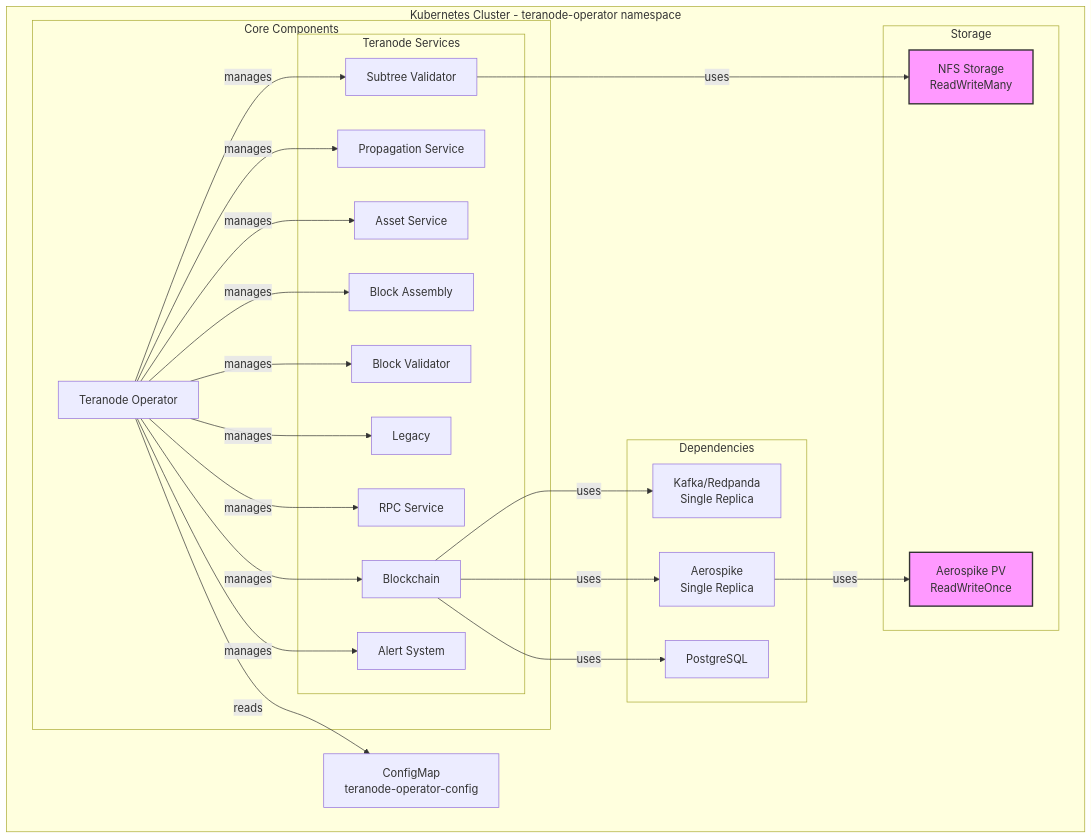
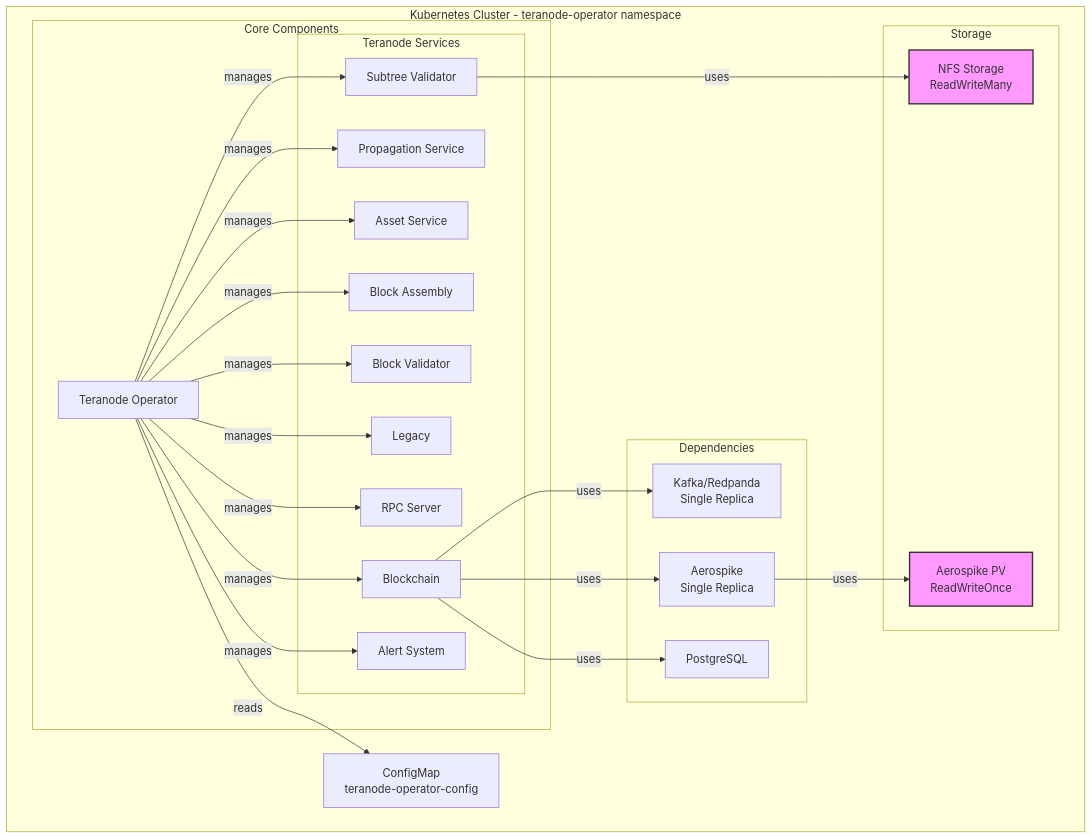
Before and after one commit to freemans13/teranode: the diagram in docs/howto/miners/kubernetes/img/mermaid/kubernetesOperatorComponents.mermaid, drawn with Mermaid. The commit also changed 160 other files, not shown here.

```diff
--- a/docs/howto/miners/kubernetes/img/mermaid/kubernetesOperatorComponents.mermaid
+++ b/docs/howto/miners/kubernetes/img/mermaid/kubernetesOperatorComponents.mermaid
@@ -1,53 +1,53 @@
 graph TB
     subgraph "Kubernetes Cluster - teranode-operator namespace"
         subgraph "Core Components"
             TO[Teranode Operator]
 
             subgraph "Teranode Services"
                 BC[Blockchain]
                 AS[Asset Service]
                 BA[Block Assembly]
                 BV[Block Validator]
                 LEG[Legacy]
                 PS[Propagation Service]
-                RPC[RPC Service]
+                RPC[RPC Server]
                 SV[Subtree Validator]
                 ALS[Alert System]
             end
         end
 
         subgraph "Dependencies"
             KF[Kafka/Redpanda<br/>Single Replica]
             AER[Aerospike<br/>Single Replica]
             PG[PostgreSQL]
         end
 
         subgraph "Storage"
             NFS[NFS Storage<br/>ReadWriteMany]
             AERPV[Aerospike PV<br/>ReadWriteOnce]
         end
 
         TO -->|manages| BC
         TO -->|manages| PS
         TO -->|manages| AS
         TO -->|manages| BA
         TO -->|manages| BV
         TO -->|manages| LEG
         TO -->|manages| RPC
         TO -->|manages| SV
         TO -->|manages| ALS
 
         BC -->|uses| KF
         BC -->|uses| AER
         BC -->|uses| PG
 
         SV -->|uses| NFS
         AER -->|uses| AERPV
 
     %% Configuration relationships
         CM[ConfigMap<br/>teranode-operator-config]
         TO -->|reads| CM
     end
 
     classDef storage fill:#f9f,stroke:#333,stroke-width:2px;
     class NFS,AERPV storage;
```
